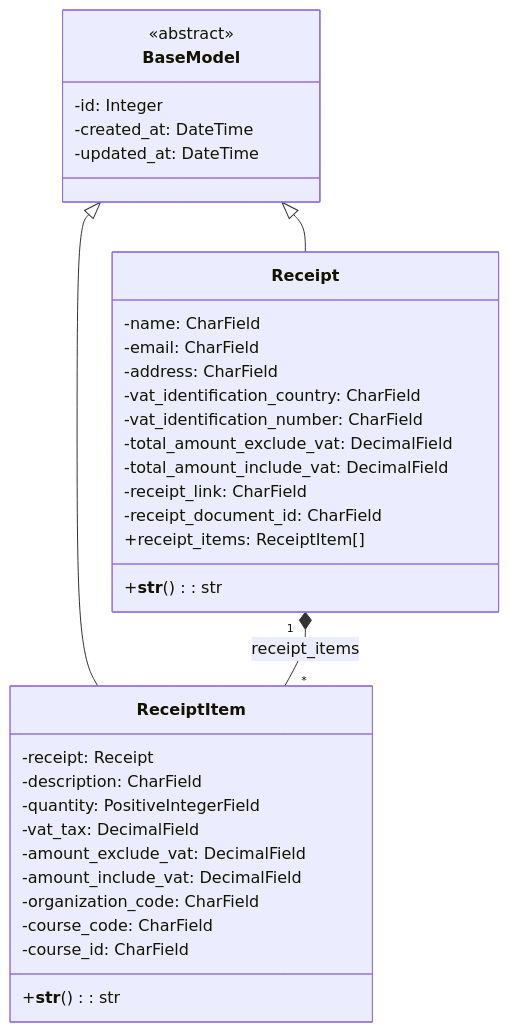
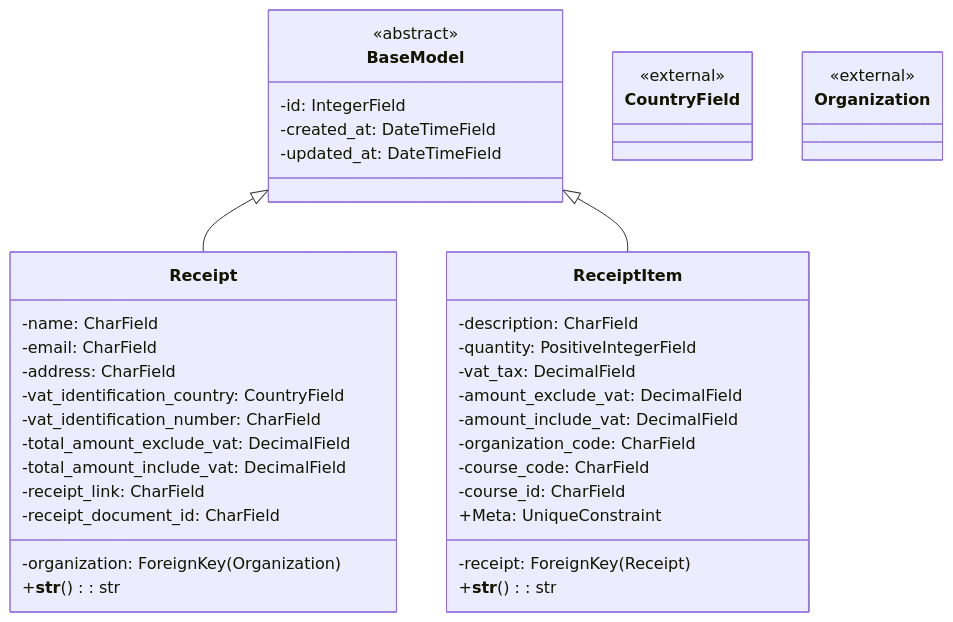
Before and after one commit to fccn/nau-financial-manager: the diagram in apps/billing/README.md, drawn with Mermaid. The commit also changed 13 other files, not shown here.

````diff
--- a/apps/billing/README.md
+++ b/apps/billing/README.md
@@ -8,37 +8,43 @@
 ```mermaid
 classDiagram
     class BaseModel {
         <<abstract>>
-        -id: Integer
-        -created_at: DateTime
-        -updated_at: DateTime
+        -id: IntegerField
+        -created_at: DateTimeField
+        -updated_at: DateTimeField
+    }
+    class CountryField {
+        <<external>>
+    }
+    class Organization {
+        <<external>>
     }
     class Receipt {
         -name: CharField
         -email: CharField
         -address: CharField
-        -vat_identification_country: CharField
+        -vat_identification_country: CountryField
         -vat_identification_number: CharField
         -total_amount_exclude_vat: DecimalField
         -total_amount_include_vat: DecimalField
         -receipt_link: CharField
         -receipt_document_id: CharField
-        +receipt_items: ReceiptItem[]
+        -organization: ForeignKey(Organization)
         +__str__(): str
     }
     class ReceiptItem {
-        -receipt: Receipt
+        -receipt: ForeignKey(Receipt)
         -description: CharField
         -quantity: PositiveIntegerField
         -vat_tax: DecimalField
         -amount_exclude_vat: DecimalField
         -amount_include_vat: DecimalField
         -organization_code: CharField
         -course_code: CharField
         -course_id: CharField
         +__str__(): str
+        +Meta: UniqueConstraint
     }
     BaseModel <|-- Receipt
     BaseModel <|-- ReceiptItem
-    Receipt "1" *-- "*" ReceiptItem : receipt_items
 ```
````
